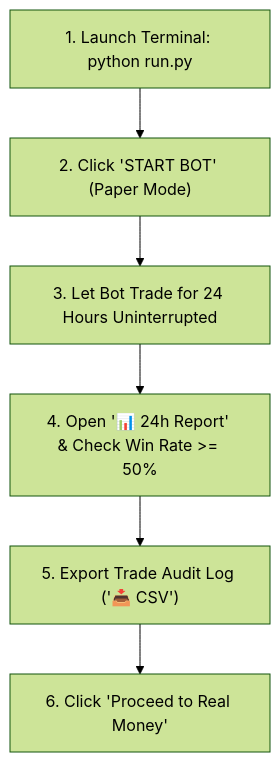
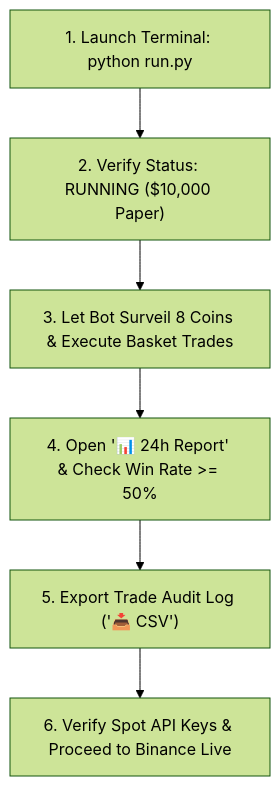
One commit to hossaintaufiq/Trading_Bot changed the diagram in README.md. Above: the diagram before and after it, drawn with Mermaid (forest theme). The commit also changed other lines of this file and 16 other files, not shown here.

````diff
--- a/README.md
+++ b/README.md
@@ -56,8 +157,8 @@
 ```mermaid
 graph TD
-    A["1. Launch Terminal: python run.py"] --> B["2. Click 'START BOT' (Paper Mode)"]
-    B --> C["3. Let Bot Trade for 24 Hours Uninterrupted"]
+    A["1. Launch Terminal: python run.py"] --> B["2. Verify Status: RUNNING ($10,000 Paper)"]
+    B --> C["3. Let Bot Surveil 8 Coins & Execute Basket Trades"]
     C --> D["4. Open '📊 24h Report' & Check Win Rate >= 50%"]
     D --> E["5. Export Trade Audit Log ('📥 CSV')"]
-    E --> F["6. Click 'Proceed to Real Money'"]
+    E --> F["6. Verify Spot API Keys & Proceed to Binance Live"]
 ```
````
